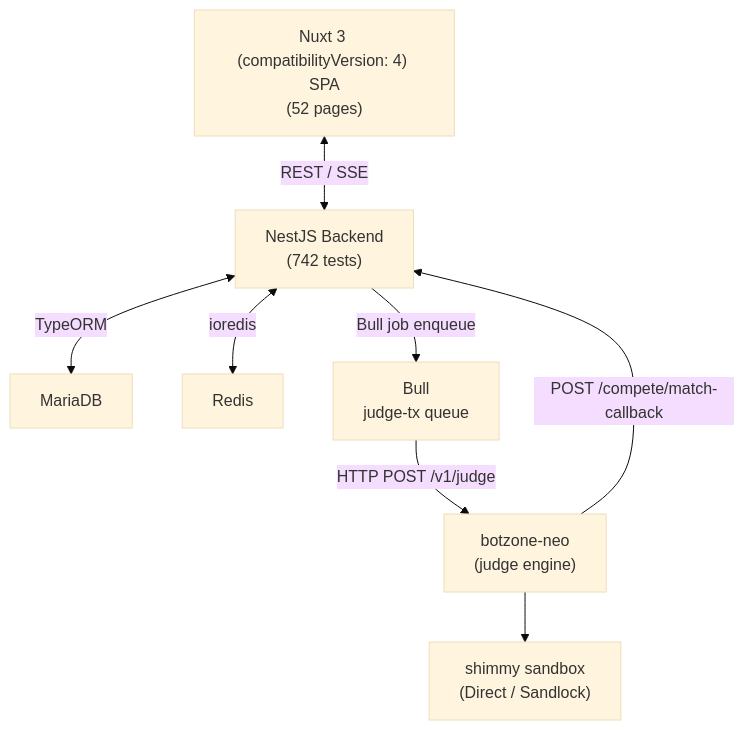
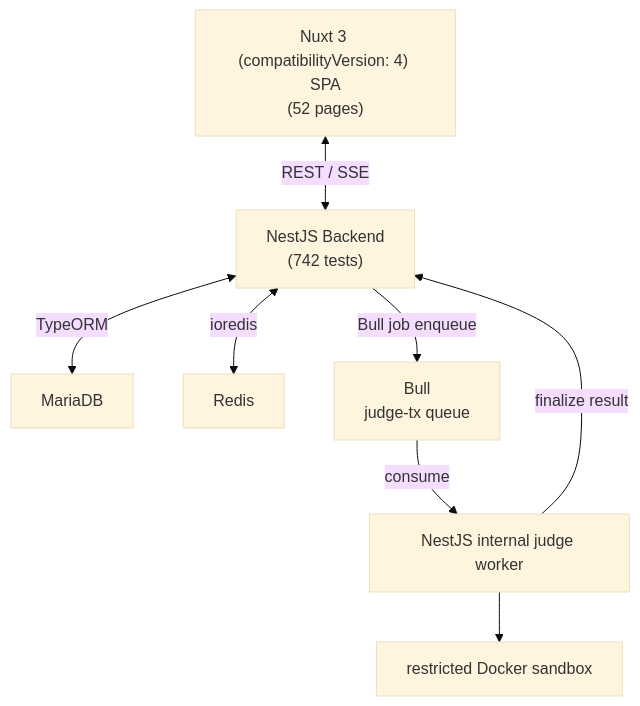
One commit to ThinkSpiritLab/leverage-backend-neo changed the diagram in docs/ARCHITECTURE.md. Above: the diagram before and after it, drawn with Mermaid (base theme). The commit also changed other lines of this file and 120 other files, not shown here.

````diff
--- a/docs/ARCHITECTURE.md
+++ b/docs/ARCHITECTURE.md
@@ -5,18 +5,18 @@
 ```mermaid
 graph TD
     FE["Nuxt 3 (compatibilityVersion: 4) SPA\n(52 pages)"]
     BE["NestJS Backend\n(742 tests)"]
     DB["MariaDB"]
     RD["Redis"]
     BQ["Bull\njudge-tx queue"]
-    BN["botzone-neo\n(judge engine)"]
-    SB["shimmy sandbox\n(Direct / Sandlock)"]
+    JW["NestJS internal judge worker"]
+    SB["restricted Docker sandbox"]
 
     FE <-->|REST / SSE| BE
     BE <-->|TypeORM| DB
     BE <-->|ioredis| RD
     BE -->|Bull job enqueue| BQ
-    BQ -->|HTTP POST /v1/judge| BN
-    BN -->|POST /compete/match-callback| BE
-    BN --> SB
+    BQ -->|consume| JW
+    JW -->|finalize result| BE
+    JW --> SB
 ```
````
